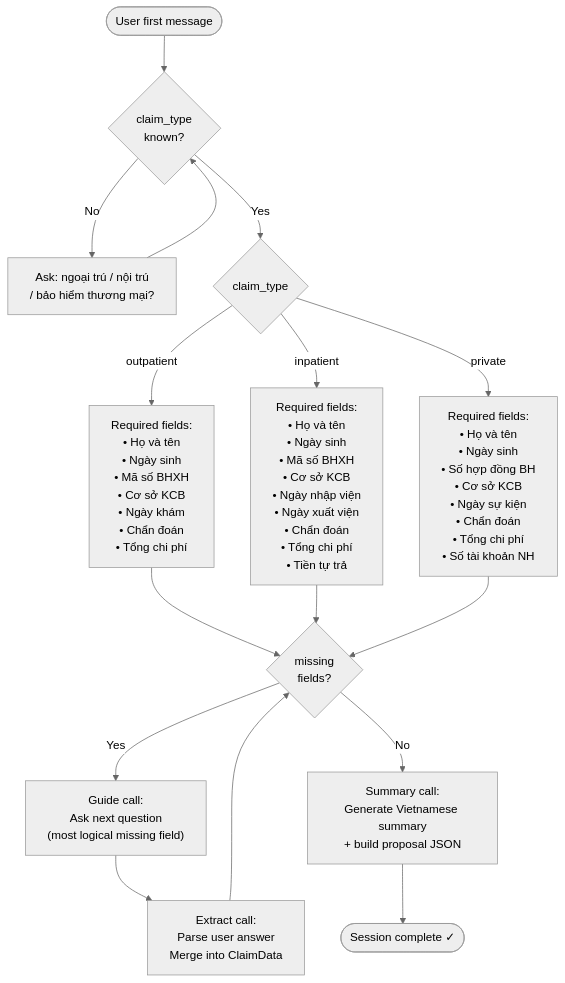
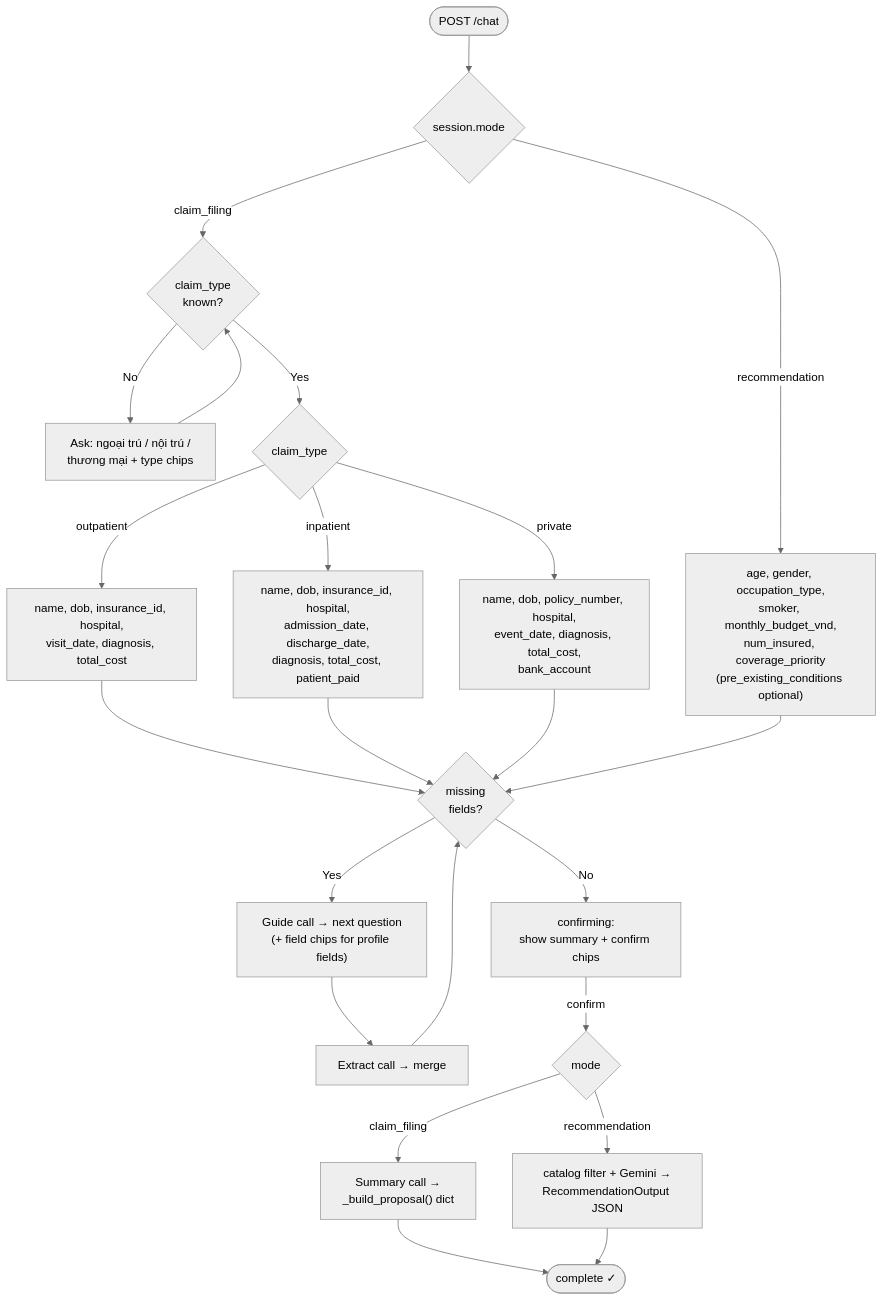
One commit to nguyenduy-math/agentichouse changed the fourth of 6 diagrams in labs/healthcare-assistant/HLD.md. Above: the diagram before and after it, drawn with Mermaid (neutral theme). The commit also changed other lines of this file and 2 other files, not shown here.

````diff
--- a/labs/healthcare-assistant/HLD.md
+++ b/labs/healthcare-assistant/HLD.md
@@ -125,24 +161,25 @@
 ```mermaid
 flowchart TD
-    START([User first message]) --> UNKNOWN{claim_type\nknown?}
+    START([POST /chat]) --> MODE{session.mode}
 
-    UNKNOWN -- No --> ASK_TYPE[Ask: ngoại trú / nội trú\n/ bảo hiểm thương mại?]
-    ASK_TYPE --> UNKNOWN
+    MODE -- claim_filing --> CIDENT{claim_type\nknown?}
+    CIDENT -- No --> CASK["Ask: ngoại trú / nội trú /\nthương mại + type chips"]
+    CASK --> CIDENT
+    CIDENT -- Yes --> CTYPE{claim_type}
 
-    UNKNOWN -- Yes --> BRANCH{claim_type}
+    CTYPE -- outpatient --> COUT["name, dob, insurance_id, hospital,\nvisit_date, diagnosis, total_cost"]
+    CTYPE -- inpatient --> CIN["name, dob, insurance_id, hospital,\nadmission_date, discharge_date,\ndiagnosis, total_cost, patient_paid"]
+    CTYPE -- private --> CPRI["name, dob, policy_number, hospital,\nevent_date, diagnosis, total_cost,\nbank_account"]
 
-    BRANCH -- outpatient --> OUT["Required fields:\n• Họ và tên\n• Ngày sinh\n• Mã số BHXH\n• Cơ sở KCB\n• Ngày khám\n• Chẩn đoán\n• Tổng chi phí"]
+    MODE -- recommendation --> PFIELDS["age, gender, occupation_type,\nsmoker, monthly_budget_vnd,\nnum_insured, coverage_priority\n(pre_existing_conditions optional)"]
 
-    BRANCH -- inpatient --> IN["Required fields:\n• Họ và tên\n• Ngày sinh\n• Mã số BHXH\n• Cơ sở KCB\n• Ngày nhập viện\n• Ngày xuất viện\n• Chẩn đoán\n• Tổng chi phí\n• Tiền tự trả"]
-
-    BRANCH -- private --> PRI["Required fields:\n• Họ và tên\n• Ngày sinh\n• Số hợp đồng BH\n• Cơ sở KCB\n• Ngày sự kiện\n• Chẩn đoán\n• Tổng chi phí\n• Số tài khoản NH"]
-
-    OUT & IN & PRI --> LOOP{missing\nfields?}
-
-    LOOP -- Yes --> GUIDE["Guide call:\nAsk next question\n(most logical missing field)"]
-    GUIDE --> EXTRACT["Extract call:\nParse user answer\nMerge into ClaimData"]
+    COUT & CIN & CPRI & PFIELDS --> LOOP{missing\nfields?}
+    LOOP -- Yes --> GUIDE["Guide call → next question\n(+ field chips for profile fields)"]
+    GUIDE --> EXTRACT["Extract call → merge"]
     EXTRACT --> LOOP
-
-    LOOP -- No --> PROPOSAL["Summary call:\nGenerate Vietnamese summary\n+ build proposal JSON"]
-    PROPOSAL --> DONE([Session complete ✓])
+    LOOP -- No --> CONFIRM["confirming:\nshow summary + confirm chips"]
+    CONFIRM -- confirm --> RESULT{mode}
+    RESULT -- claim_filing --> PROPOSAL["Summary call →\n_build_proposal() dict"]
+    RESULT -- recommendation --> RECO["catalog filter + Gemini →\nRecommendationOutput JSON"]
+    PROPOSAL & RECO --> DONE([complete ✓])
 ```
````
